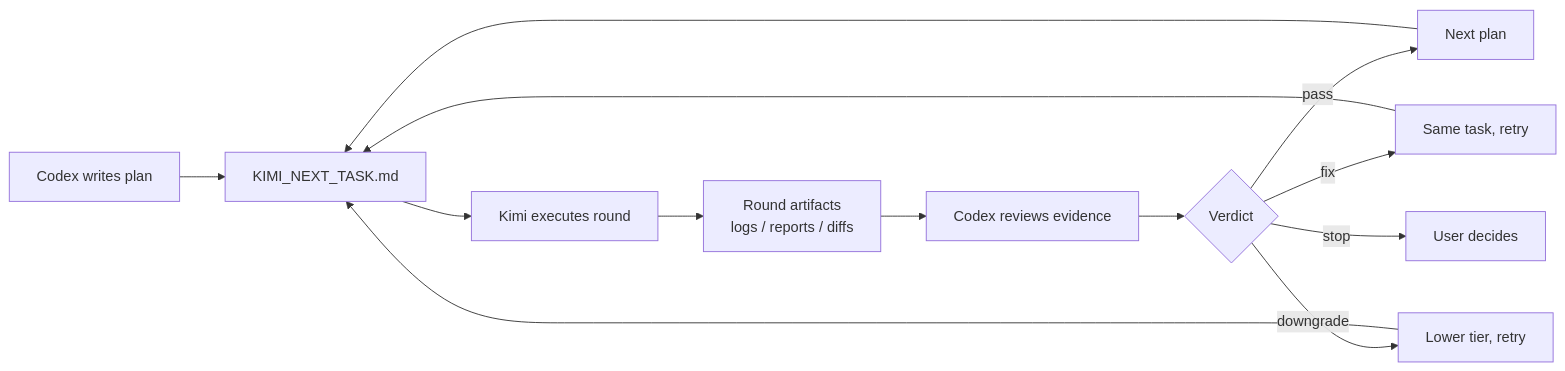
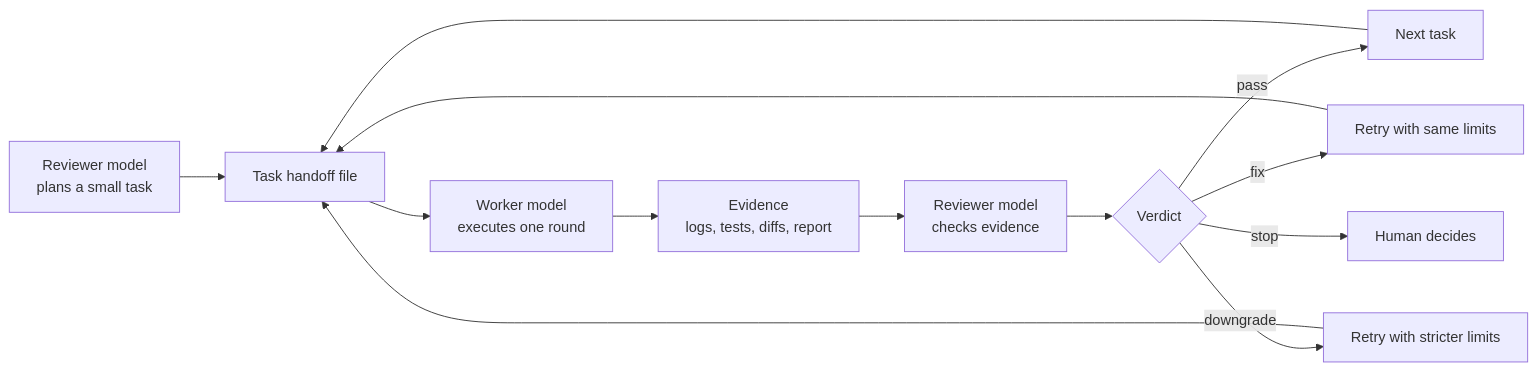
One commit to ningbo00/token-saver-loop changed the diagram in README.md. Above: the diagram before and after it, drawn with Mermaid. The commit also changed other lines of this file and 145 other files, not shown here.

````diff
--- a/README.md
+++ b/README.md
@@ -28,15 +100,19 @@
 ```mermaid
 flowchart LR
-    A[Codex writes plan] --> B[KIMI_NEXT_TASK.md]
-    B --> C[Kimi executes round]
-    C --> D[Round artifacts<br/>logs / reports / diffs]
-    D --> E[Codex reviews evidence]
+    A[Reviewer model
+plans a small task] --> B[Task handoff file]
+    B --> C[Worker model
+executes one round]
+    C --> D[Evidence
+logs, tests, diffs, report]
+    D --> E[Reviewer model
+checks evidence]
     E --> F{Verdict}
-    F -->|pass| G[Next plan]
-    F -->|fix| H[Same task, retry]
-    F -->|downgrade| I[Lower tier, retry]
-    F -->|stop| J[User decides]
+    F -->|pass| G[Next task]
+    F -->|fix| H[Retry with same limits]
+    F -->|downgrade| I[Retry with stricter limits]
+    F -->|stop| J[Human decides]
     G --> B
     H --> B
     I --> B
 ```
````
